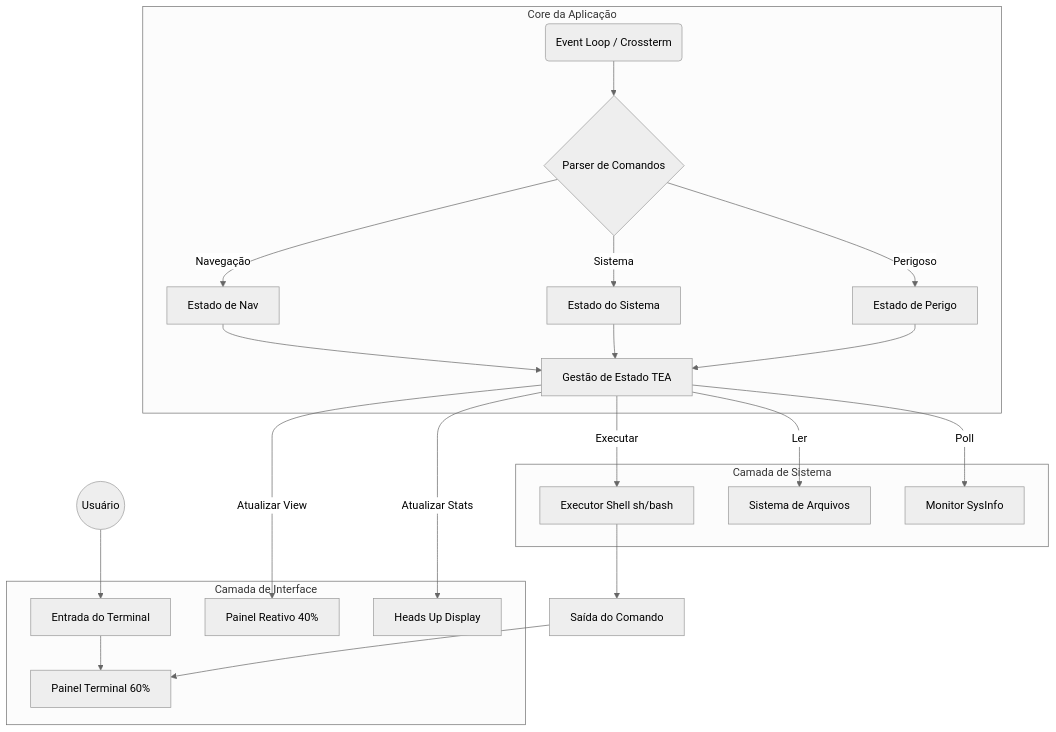
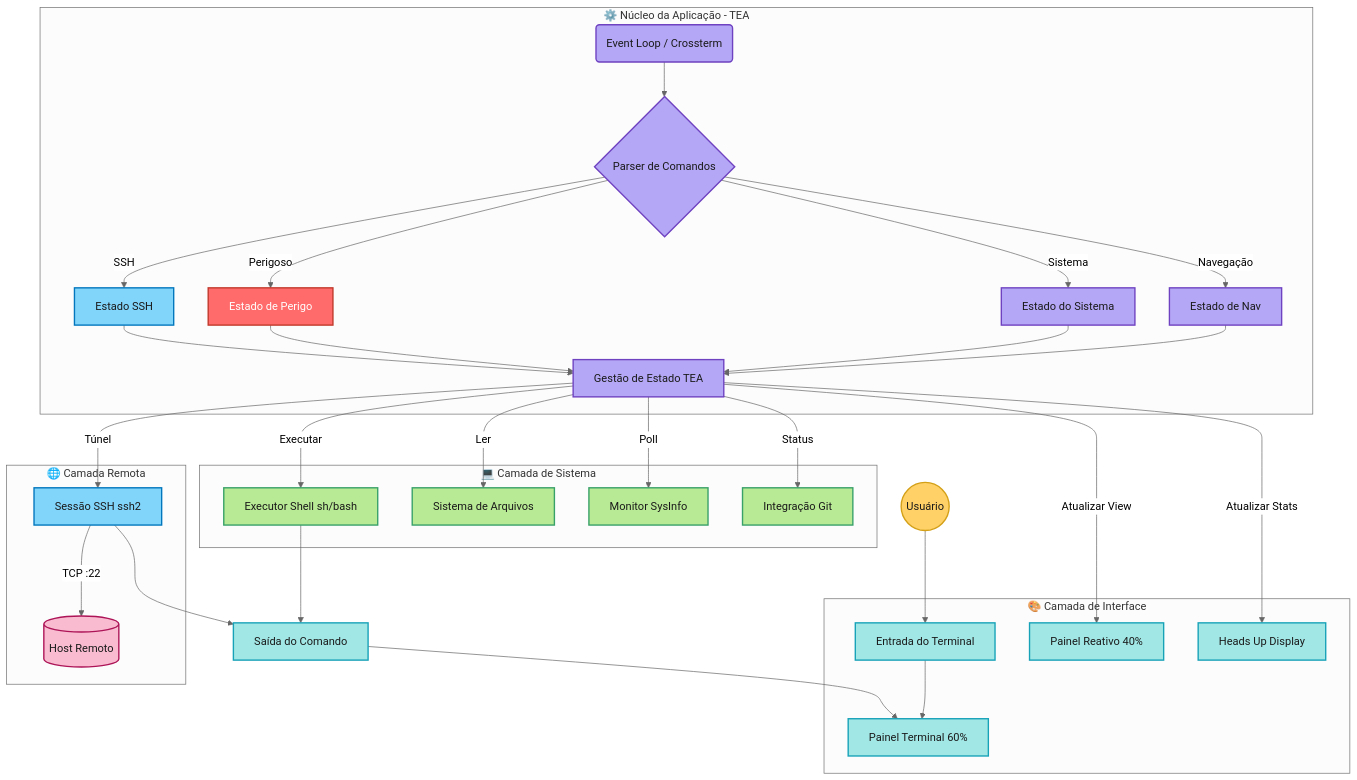
One commit to Munique-Feitoza/Munux-Reactive-Workspace changed the first of 7 diagrams in docs/pt-br/architecture/overview.md. Above: the diagram before and after it, drawn with Mermaid (neutral theme). The commit also changed other lines of this file and 9 other files, not shown here.

First line of the commit message:
docs: documenta SSH e adiciona diagramas UML coloridos

````diff
--- a/docs/pt-br/architecture/overview.md
+++ b/docs/pt-br/architecture/overview.md
@@ -14,38 +14,58 @@
 ```mermaid
 graph TD
-    User((Usuário)) --> Input[Entrada do Terminal]
-    
-    subgraph UI_Layer [Camada de Interface]
-        Input --> LeftPanel[Painel Terminal 60%]
-        RightPanel[Painel Reativo 40%]
-        HUD[Heads Up Display]
+    User((Usuário)):::userCls --> Input[Entrada do Terminal]:::uiCls
+
+    subgraph UI_Layer [🎨 Camada de Interface]
+        Input --> LeftPanel[Painel Terminal 60%]:::uiCls
+        RightPanel[Painel Reativo 40%]:::uiCls
+        HUD[Heads Up Display]:::uiCls
     end
 
-    subgraph Core_Layer [Core da Aplicação]
-        EventLoop(Event Loop / Crossterm) --> Parser{Parser de Comandos}
-        Parser -->|Navegação| NavState[Estado de Nav]
-        Parser -->|Sistema| SysState[Estado do Sistema]
-        Parser -->|Perigoso| DangerState[Estado de Perigo]
-        
-        StateMgr[Gestão de Estado TEA]
+    subgraph Core_Layer [⚙️ Núcleo da Aplicação - TEA]
+        EventLoop(Event Loop / Crossterm):::coreCls --> Parser{Parser de Comandos}:::coreCls
+        Parser -->|Navegação| NavState[Estado de Nav]:::coreCls
+        Parser -->|Sistema| SysState[Estado do Sistema]:::coreCls
+        Parser -->|Perigoso| DangerState[Estado de Perigo]:::dangerCls
+        Parser -->|SSH| SshState[Estado SSH]:::sshCls
+
+        StateMgr[Gestão de Estado TEA]:::coreCls
         NavState --> StateMgr
         SysState --> StateMgr
         DangerState --> StateMgr
-        
+        SshState --> StateMgr
+
         StateMgr -->|Atualizar View| RightPanel
         StateMgr -->|Atualizar Stats| HUD
     end
 
-    subgraph System_Layer [Camada de Sistema]
-        Shell[Executor Shell sh/bash]
-        FS[Sistema de Arquivos]
-        Monitor[Monitor SysInfo]
-        
+    subgraph System_Layer [💻 Camada de Sistema]
+        Shell[Executor Shell sh/bash]:::sysCls
+        FS[Sistema de Arquivos]:::sysCls
+        Monitor[Monitor SysInfo]:::sysCls
+        Git[Integração Git]:::sysCls
+
         StateMgr -->|Executar| Shell
         StateMgr -->|Ler| FS
         StateMgr -->|Poll| Monitor
+        StateMgr -->|Status| Git
     end
 
-    Shell --> Output[Saída do Comando]
+    subgraph Remote_Layer [🌐 Camada Remota]
+        SshSession[Sessão SSH ssh2]:::sshCls
+        RemoteHost[(Host Remoto)]:::remoteCls
+        StateMgr -->|Túnel| SshSession
+        SshSession -->|TCP :22| RemoteHost
+    end
+
+    Shell --> Output[Saída do Comando]:::uiCls
+    SshSession --> Output
     Output --> LeftPanel
+
+    classDef userCls fill:#ffd166,stroke:#d4a017,stroke-width:2px,color:#1a1a1a
+    classDef uiCls fill:#a0e7e5,stroke:#17a2b8,stroke-width:2px,color:#1a1a1a
+    classDef coreCls fill:#b4a7f5,stroke:#6f42c1,stroke-width:2px,color:#1a1a1a
+    classDef sysCls fill:#b8e994,stroke:#38a169,stroke-width:2px,color:#1a1a1a
+    classDef sshCls fill:#81d4fa,stroke:#0277bd,stroke-width:2px,color:#1a1a1a
+    classDef remoteCls fill:#f8bbd0,stroke:#ad1457,stroke-width:2px,color:#1a1a1a
+    classDef dangerCls fill:#ff6b6b,stroke:#c0392b,stroke-width:2px,color:#fff
 ```
````
